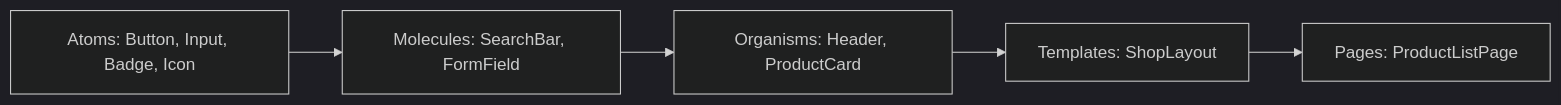
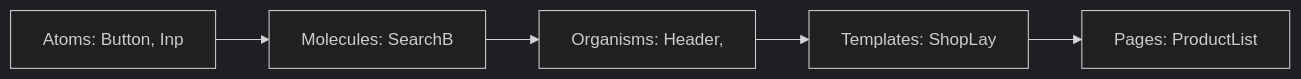
The second of 8 diagrams in _posts/frontend/2026-05-01-frontend-architecture.md (yjkim2015/yjkim2015.github.io), drawn with Mermaid (dark theme) before and after one commit. The commit also changed other lines of this file and 271 other files, not shown here.

First line of the commit message:
Mermaid 라벨 축소: 긴 노드 텍스트 18자 이하로 트림 + \n 제거

````diff
--- a/_posts/frontend/2026-05-01-frontend-architecture.md
+++ b/_posts/frontend/2026-05-01-frontend-architecture.md
@@ -49,9 +49,9 @@
 ```mermaid
 flowchart LR
-    A["Atoms: Button, Input, Badge, Icon"]
-    M["Molecules: SearchBar, FormField"]
-    O["Organisms: Header, ProductCard"]
-    T["Templates: ShopLayout"]
-    P["Pages: ProductListPage"]
+    A["Atoms: Button, Inp"]
+    M["Molecules: SearchB"]
+    O["Organisms: Header,"]
+    T["Templates: ShopLay"]
+    P["Pages: ProductList"]
     A --> M --> O --> T --> P
 ```
````
